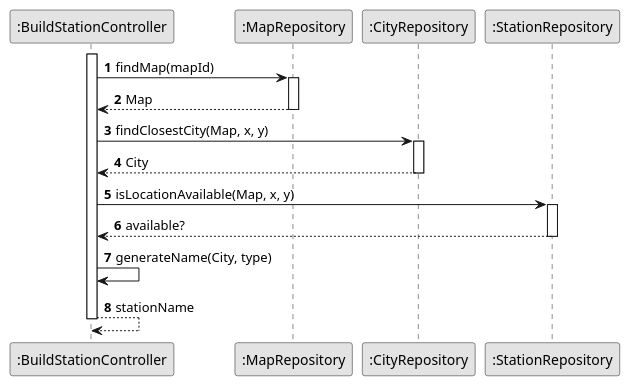
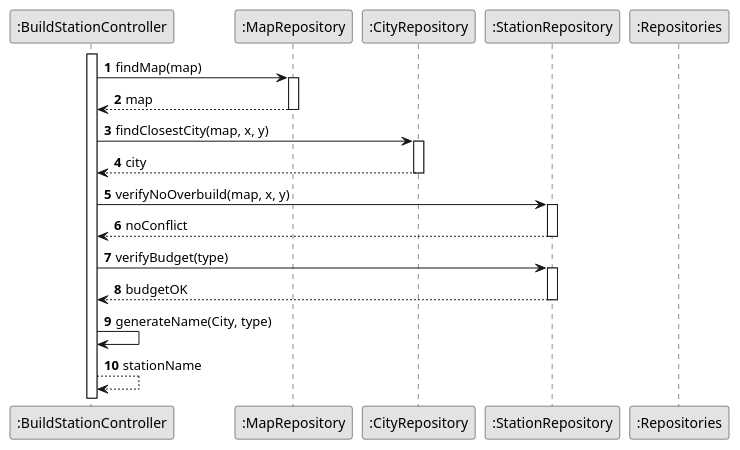
Before and after one commit to goncalolopesp/sem2-pi-24.25-g093-repo: the diagram in docs/system-documentation/US005/03.design/puml/US005-SD-validateAndName.puml, drawn with PlantUML. The commit also changed 7 other files, not shown here.

```diff
--- a/docs/system-documentation/US005/03.design/puml/US005-SD-validateAndName.puml
+++ b/docs/system-documentation/US005/03.design/puml/US005-SD-validateAndName.puml
@@ -1,33 +1,38 @@
 @startuml US005-SD-validateAndName
 skinparam monochrome true
 skinparam packageStyle rectangle
 skinparam shadowing false
+
 autonumber
-
 participant ":BuildStationController" as BuildController
 participant ":MapRepository" as MapRepo
 participant ":CityRepository" as CityRepo
 participant ":StationRepository" as StationRepo
+participant ":Repositories" as Repositories
 
 activate BuildController
 
-BuildController -> MapRepo: findMap(mapId)
+BuildController -> MapRepo : findMap(map)
 activate MapRepo
-MapRepo --> BuildController: Map
+MapRepo --> BuildController : map
 deactivate MapRepo
 
-BuildController -> CityRepo: findClosestCity(Map, x, y)
+BuildController -> CityRepo : findClosestCity(map, x, y)
 activate CityRepo
-CityRepo --> BuildController: City
+CityRepo --> BuildController : city
 deactivate CityRepo
 
-BuildController -> StationRepo: isLocationAvailable(Map, x, y)
+BuildController -> StationRepo : verifyNoOverbuild(map, x, y)
 activate StationRepo
-StationRepo --> BuildController: available?
+StationRepo --> BuildController : noConflict
 deactivate StationRepo
 
-BuildController -> BuildController: generateName(City, type)
-BuildController --> BuildController: stationName
+BuildController -> StationRepo : verifyBudget(type)
+activate StationRepo
+StationRepo --> BuildController : budgetOK
+deactivate StationRepo
 
-deactivate BuildController
+BuildController -> BuildController : generateName(City, type)
+BuildController --> BuildController : stationName
+
 @enduml
```
